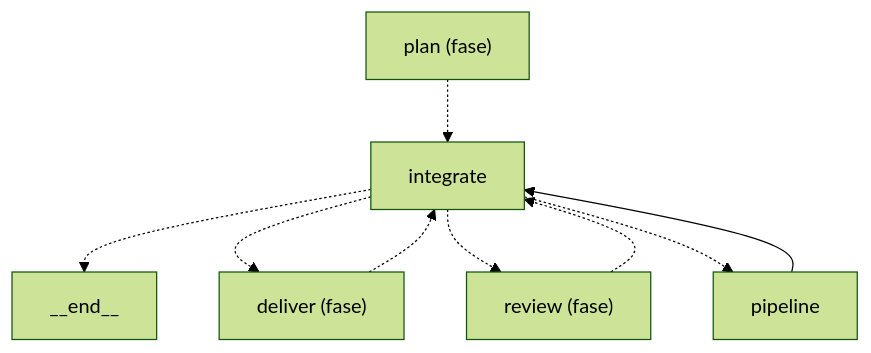
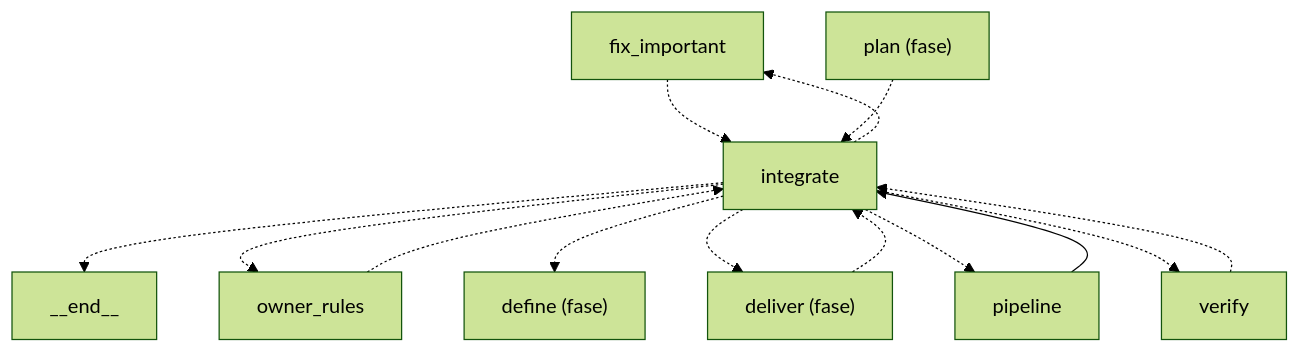
One commit to GonzaloZevallos/agentic-system changed the first of 2 diagrams in docs/architecture/generated/role-graph-build.md. Above: the diagram before and after it, drawn with Mermaid (forest theme). The commit also changed other lines of this file and 13 other files, not shown here.

Commit message:
Add the define and diagnose edges the promotion routing needs to the graph, test a mid-run promotion, and split the role-graph pages to fit the budget

````diff
--- a/docs/architecture/generated/role-graph-build.md
+++ b/docs/architecture/generated/role-graph-build.md
@@ -13,17 +13,25 @@
 ```mermaid
 graph TD
     __end__["__end__"]
+    fix_important["fix_important"]
     integrate["integrate"]
+    owner_rules["owner_rules"]
+    phase_define["define (fase)"]
     phase_deliver["deliver (fase)"]
     phase_plan["plan (fase)"]
-    phase_review["review (fase)"]
     pipeline["pipeline"]
+    verify["verify"]
+    fix_important -.-> integrate
     integrate -.-> __end__
+    integrate -.-> fix_important
+    integrate -.-> owner_rules
+    integrate -.-> phase_define
     integrate -.-> phase_deliver
-    integrate -.-> phase_review
     integrate -.-> pipeline
+    integrate -.-> verify
+    owner_rules -.-> integrate
     phase_deliver -.-> integrate
     phase_plan -.-> integrate
-    phase_review -.-> integrate
     pipeline --> integrate
+    verify -.-> integrate
 ```
````
